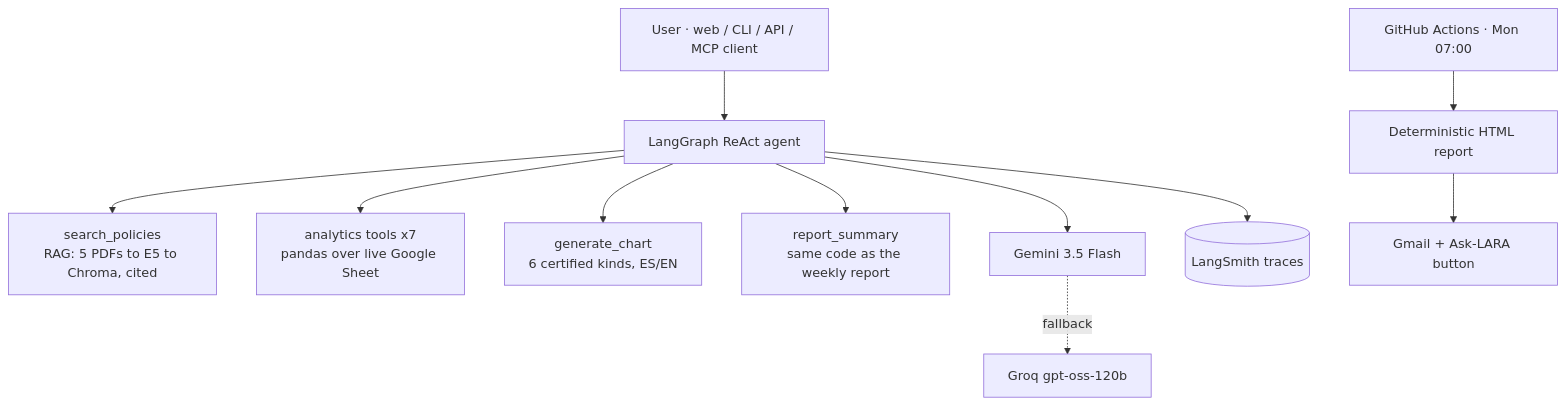
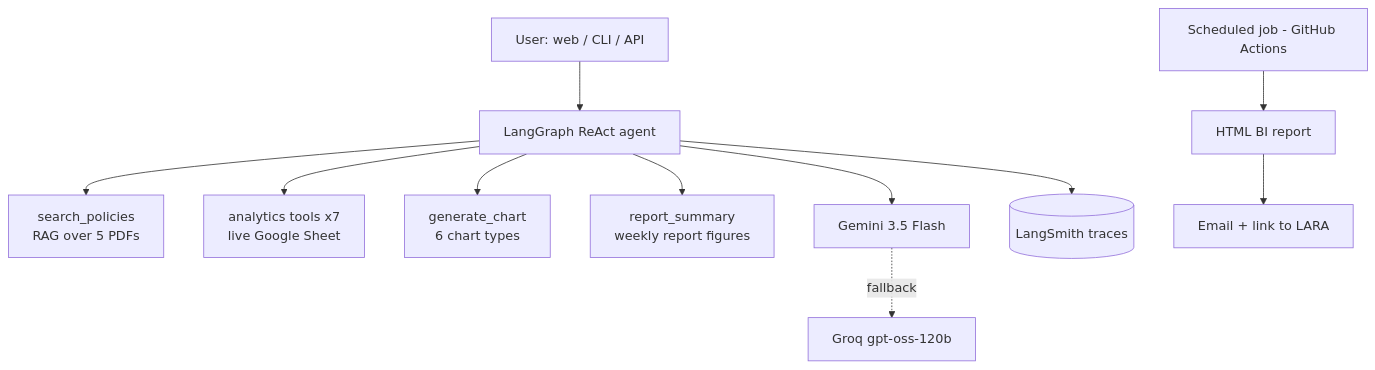
One commit to marianunez-data/lara-latram-support changed the diagram in README.md. Above: the diagram before and after it, drawn with Mermaid. The commit also changed other lines of this file and 7 other files, not shown here.

Commit message:
feat: MCP server with mcp 2.x support and smoke test; docs: tools, automation scope

````diff
--- a/README.md
+++ b/README.md
@@ -23,12 +22,12 @@
 ```mermaid
 flowchart TD
-    U[User · web / CLI / API / MCP client] --> A[LangGraph ReAct agent]
-    A --> P[search_policies<br/>RAG: 5 PDFs to E5 to Chroma, cited]
-    A --> T[analytics tools x7<br/>pandas over live Google Sheet]
-    A --> C[generate_chart<br/>6 certified kinds, ES/EN]
-    A --> R[report_summary<br/>same code as the weekly report]
+    U[User: web / CLI / API] --> A[LangGraph ReAct agent]
+    A --> P[search_policies<br/>RAG over 5 PDFs]
+    A --> T[analytics tools x7<br/>live Google Sheet]
+    A --> C[generate_chart<br/>6 chart types]
+    A --> R[report_summary<br/>weekly report figures]
     A --> L1[Gemini 3.5 Flash]
     L1 -.fallback.-> L2[Groq gpt-oss-120b]
     A --> O[(LangSmith traces)]
-    W[GitHub Actions · Mon 07:00] --> REP[Deterministic HTML report] --> M[Gmail + Ask-LARA button]
+    W[Scheduled job - GitHub Actions] --> REP[HTML BI report] --> M[Email + link to LARA]
 ```
````
